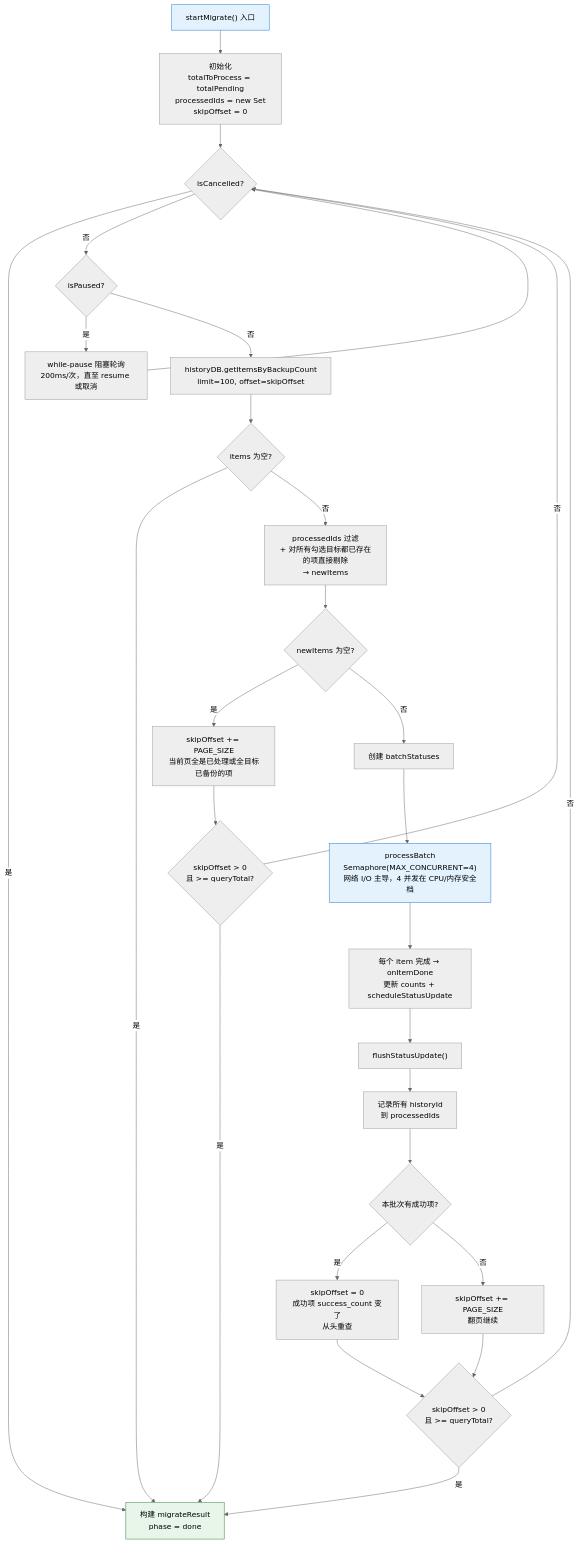
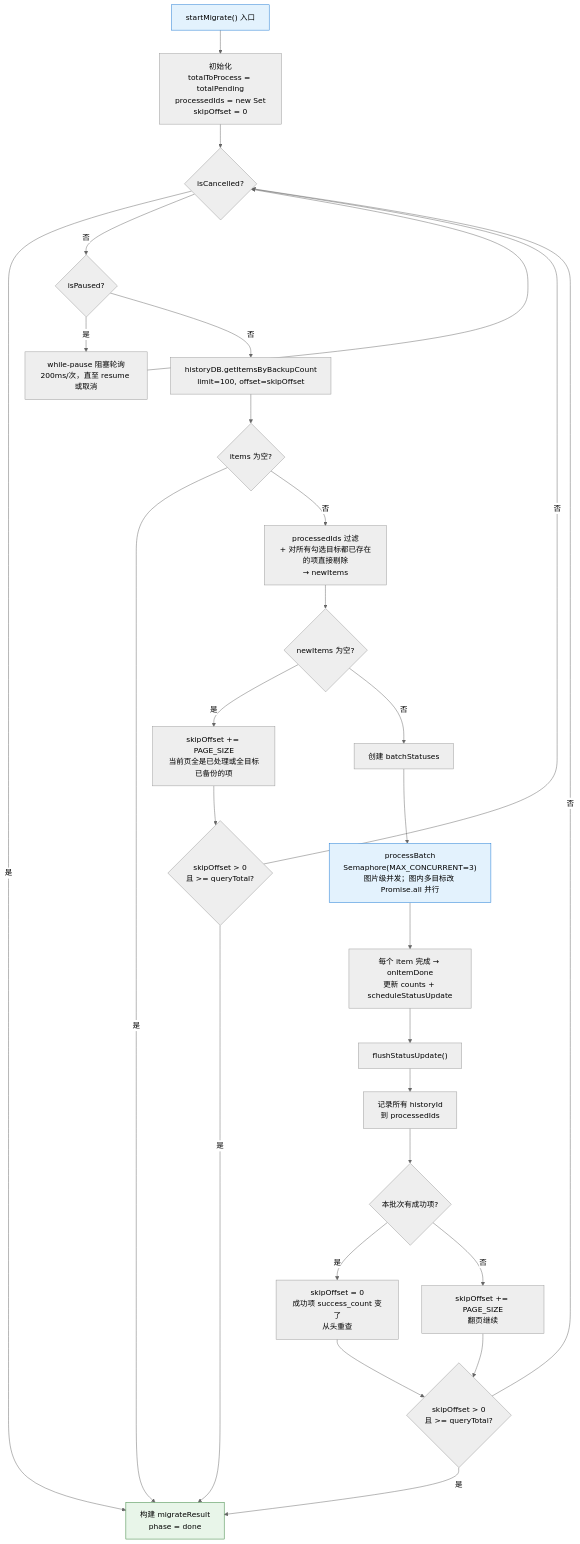
The fourth of 5 diagrams in docs/flows/batch-migrate-flow.md (joeyliu6/PicNexus), drawn with Mermaid (neutral theme) before and after one commit. The commit also changed other lines of this file and 3 other files, not shown here.

First line of the commit message:
feat(batch-migrate): 单图多目标改为 Promise.all 并行 + chip 逐个变色

````diff
--- a/docs/flows/batch-migrate-flow.md
+++ b/docs/flows/batch-migrate-flow.md
@@ -208,39 +217,39 @@
 ```mermaid
 flowchart TD
     A["startMigrate() 入口"] --> B["初始化<br/>totalToProcess = totalPending<br/>processedIds = new Set<br/>skipOffset = 0"]
     B --> C{isCancelled?}
     C -- 是 --> Z["构建 migrateResult<br/>phase = done"]
     C -- 否 --> CP{isPaused?}
     CP -- 是 --> CP1["while-pause 阻塞轮询<br/>200ms/次，直至 resume 或取消"]
     CP1 --> C
     CP -- 否 --> D["historyDB.getItemsByBackupCount<br/>limit=100, offset=skipOffset"]
 
     D --> E{items 为空?}
     E -- 是 --> Z
     E -- 否 --> F["processedIds 过滤<br/>+ 对所有勾选目标都已存在的项直接剔除<br/>→ newItems"]
 
     F --> G{newItems 为空?}
     G -- 是 --> H["skipOffset += PAGE_SIZE<br/>当前页全是已处理或全目标已备份的项"]
     H --> I{skipOffset > 0<br/>且 >= queryTotal?}
     I -- 是 --> Z
     I -- 否 --> C
 
     G -- 否 --> J["创建 batchStatuses"]
-    J --> K["processBatch<br/>Semaphore(MAX_CONCURRENT=4)<br/>网络 I/O 主导，4 并发在 CPU/内存安全档"]
+    J --> K["processBatch<br/>Semaphore(MAX_CONCURRENT=3)<br/>图片级并发；图内多目标改 Promise.all 并行"]
     K --> L["每个 item 完成 → onItemDone<br/>更新 counts + scheduleStatusUpdate"]
     L --> M["flushStatusUpdate()"]
 
     M --> N["记录所有 historyId<br/>到 processedIds"]
     N --> O{本批次有成功项?}
     O -- "是" --> P["skipOffset = 0<br/>成功项 success_count 变了<br/>从头重查"]
     O -- "否" --> Q["skipOffset += PAGE_SIZE<br/>翻页继续"]
 
     P --> R{skipOffset > 0<br/>且 >= queryTotal?}
     Q --> R
     R -- 是 --> Z
     R -- 否 --> C
 
     style A fill:#e3f2fd,stroke:#1976d2
     style Z fill:#e8f5e9,stroke:#2e7d32
     style K fill:#e3f2fd,stroke:#1976d2
 ```
````
